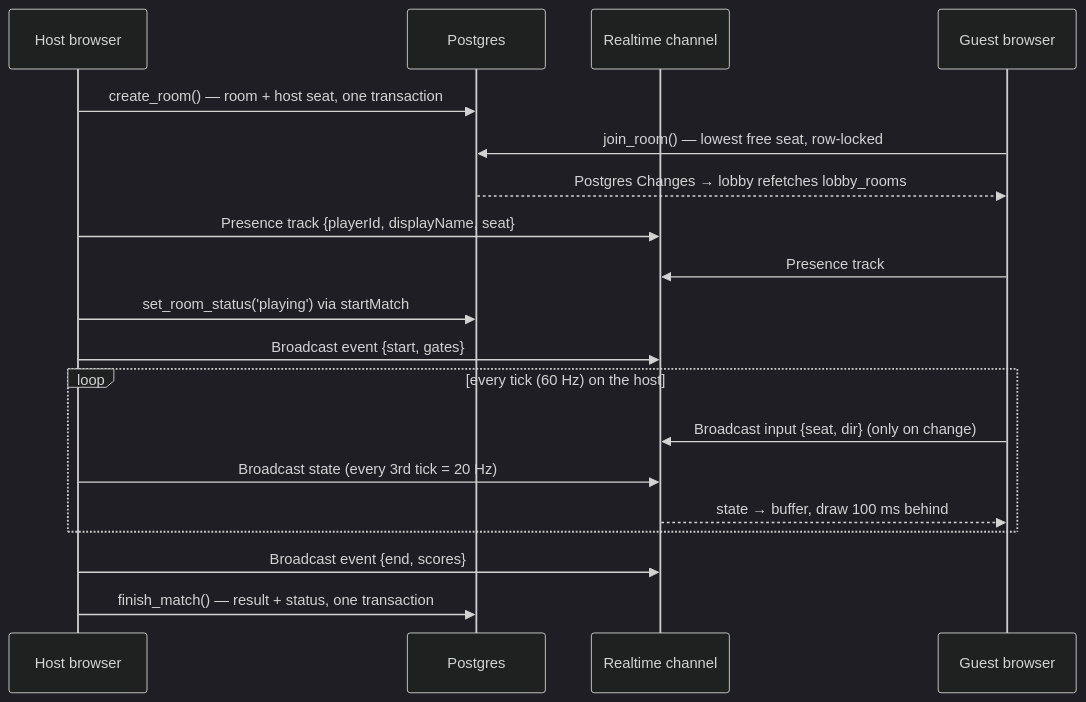
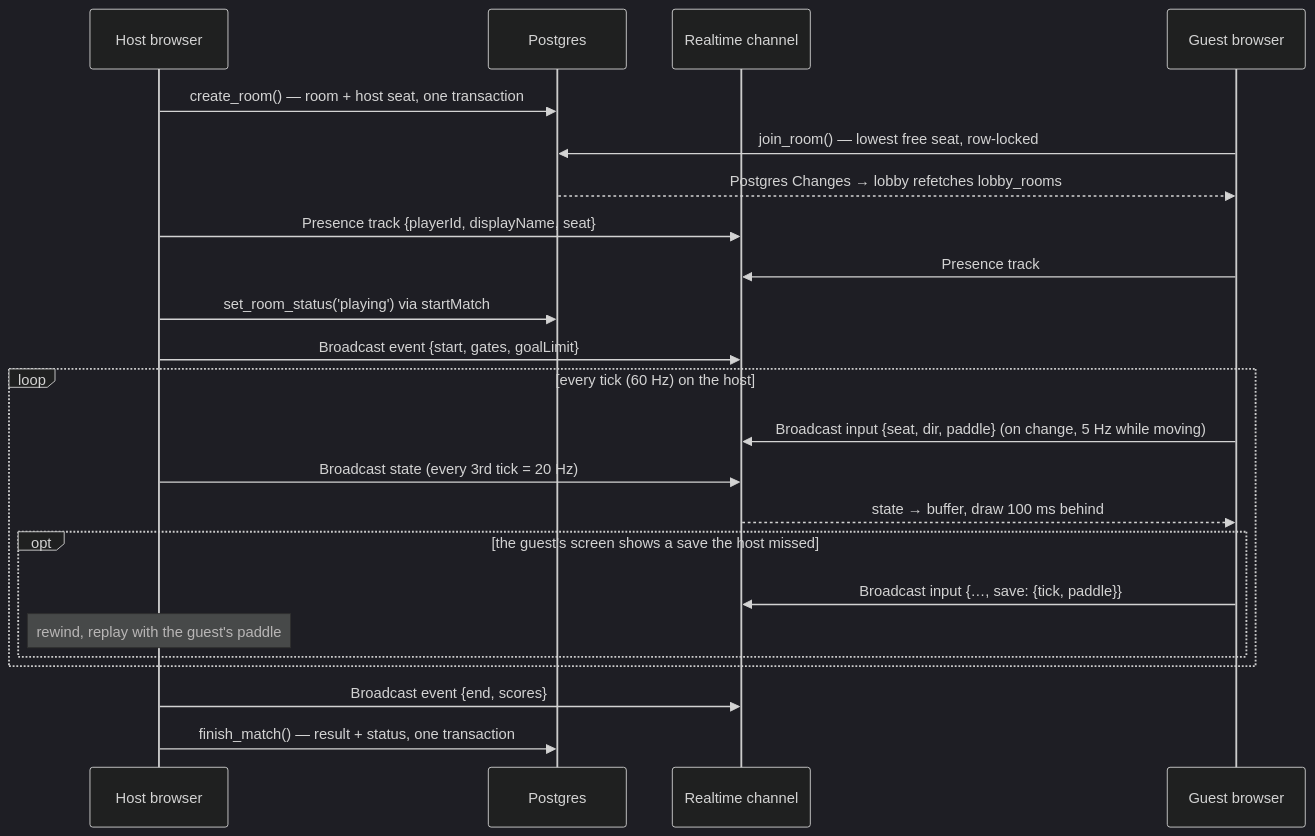
The second of 2 diagrams in README.md (chryzmo/supapong), drawn with Mermaid (dark theme) before and after one commit. The commit also changed other lines of this file and 2 other files, not shown here.

````diff
--- a/README.md
+++ b/README.md
@@ -53,22 +53,26 @@
 ```mermaid
 sequenceDiagram
   participant H as Host browser
   participant DB as Postgres
   participant RT as Realtime channel
   participant G as Guest browser
 
   H->>DB: create_room() — room + host seat, one transaction
   G->>DB: join_room() — lowest free seat, row-locked
   DB-->>G: Postgres Changes → lobby refetches lobby_rooms
   H->>RT: Presence track {playerId, displayName, seat}
   G->>RT: Presence track
   H->>DB: set_room_status('playing') via startMatch
-  H->>RT: Broadcast event {start, gates}
+  H->>RT: Broadcast event {start, gates, goalLimit}
   loop every tick (60 Hz) on the host
-    G->>RT: Broadcast input {seat, dir} (only on change)
+    G->>RT: Broadcast input {seat, dir, paddle} (on change, 5 Hz while moving)
     H->>RT: Broadcast state (every 3rd tick = 20 Hz)
     RT-->>G: state → buffer, draw 100 ms behind
+    opt the guest's screen shows a save the host missed
+      G->>RT: Broadcast input {…, save: {tick, paddle}}
+      Note over H: rewind, replay with the guest's paddle
+    end
   end
   H->>RT: Broadcast event {end, scores}
   H->>DB: finish_match() — result + status, one transaction
 ```
````
